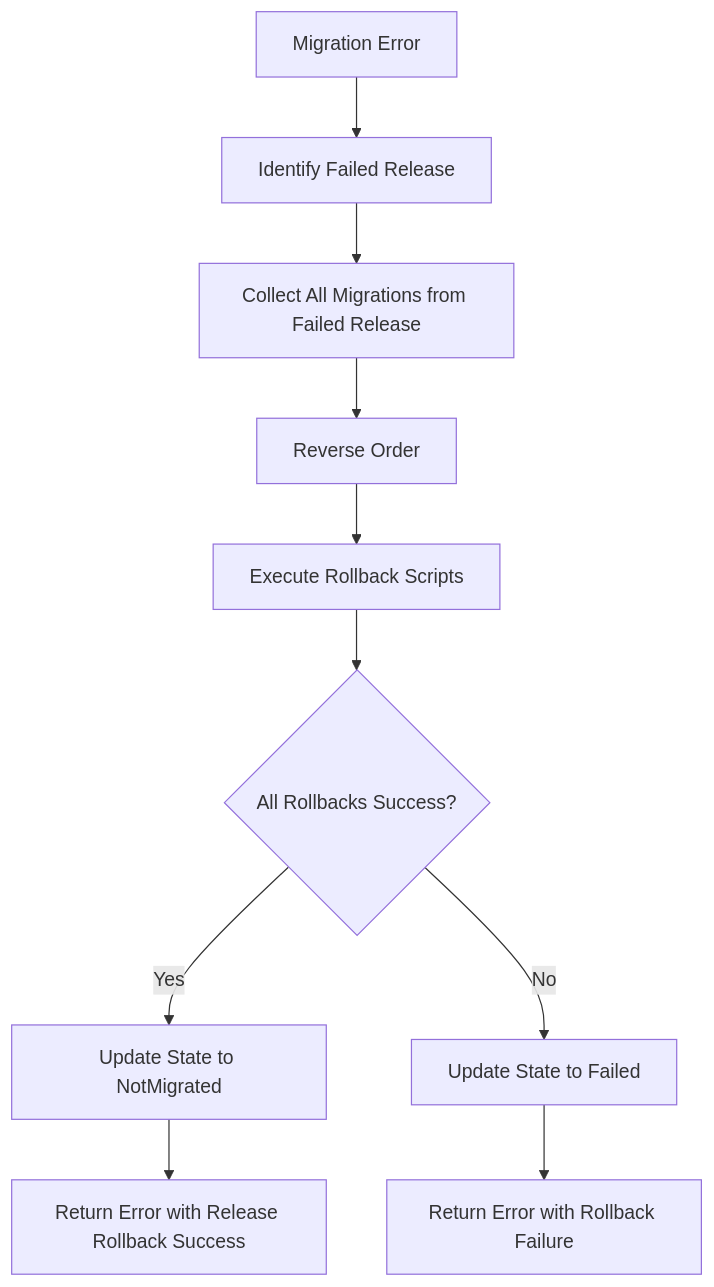
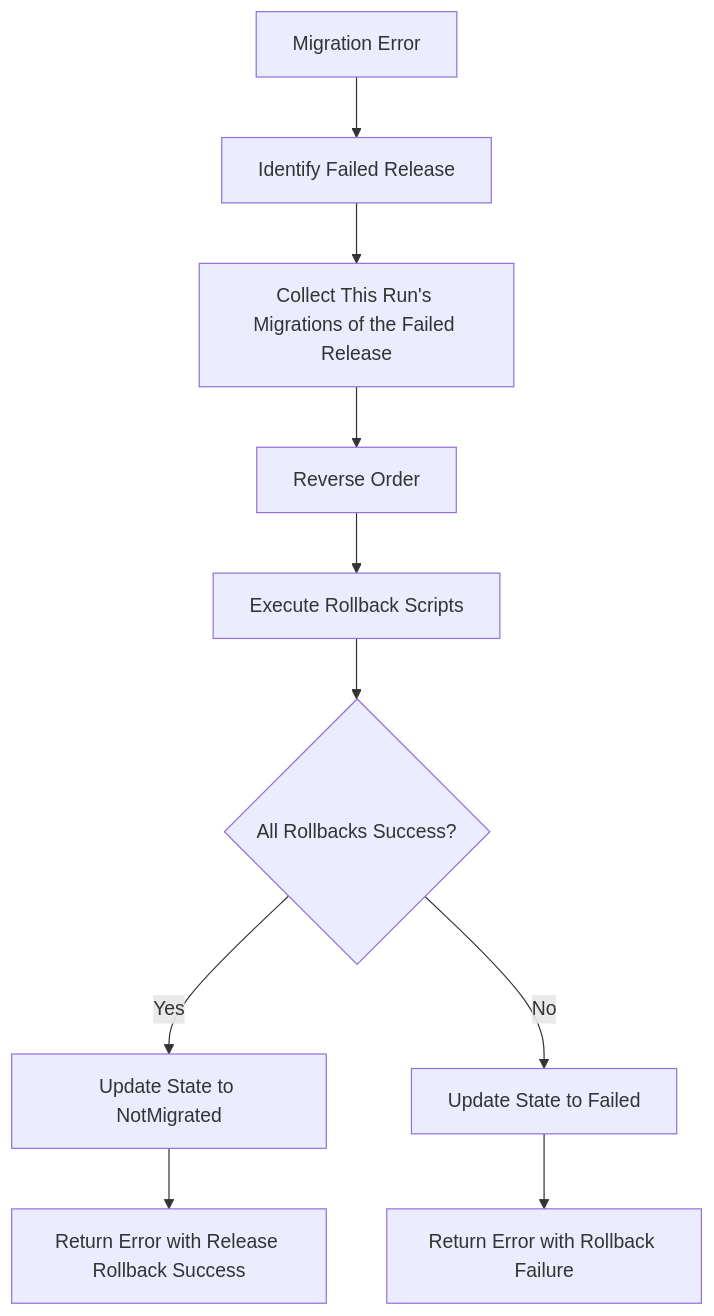
Before and after one commit to RAYCOON/RayMigrator: the fourth of 6 diagrams in Docs/02-core-concepts/error-handling.md, drawn with Mermaid. The commit also changed other lines of this file and 16 other files, not shown here.

````diff
--- a/Docs/02-core-concepts/error-handling.md
+++ b/Docs/02-core-concepts/error-handling.md
@@ -151,12 +151,12 @@
 ```mermaid
 flowchart TD
     A[Migration Error] --> B[Identify Failed Release]
-    B --> C[Collect All Migrations from Failed Release]
+    B --> C[Collect This Run's Migrations of the Failed Release]
     C --> D[Reverse Order]
     D --> E[Execute Rollback Scripts]
     E --> F{All Rollbacks Success?}
     F -->|Yes| G[Update State to NotMigrated]
     F -->|No| H[Update State to Failed]
     G --> I[Return Error with Release Rollback Success]
     H --> J[Return Error with Rollback Failure]
 ```
````
